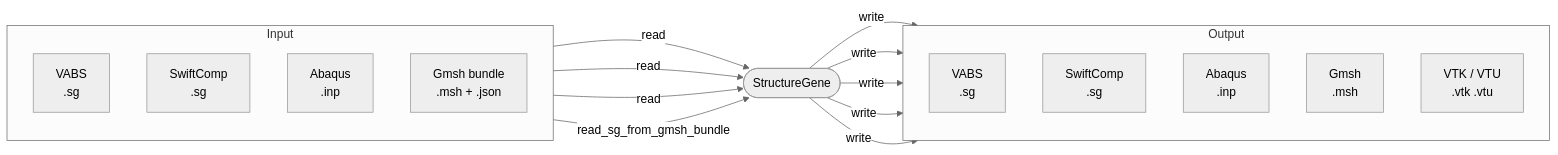
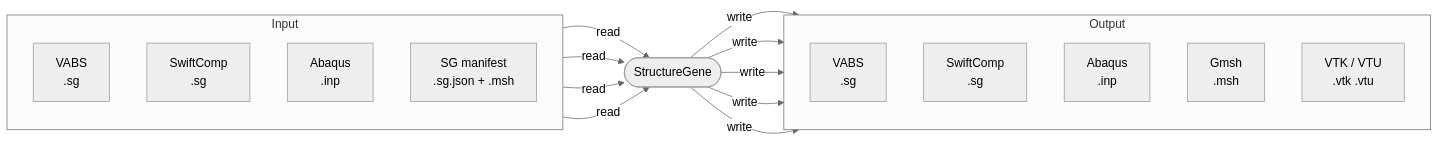
One commit to wenbinyugroup/sgio changed the diagram in docs/source/guide/io.md. Above: the diagram before and after it, drawn with Mermaid (neutral theme). The commit also changed other lines of this file and 84 other files, not shown here.

````diff
--- a/docs/source/guide/io.md
+++ b/docs/source/guide/io.md
@@ -7,32 +7,32 @@
 ```{mermaid}
 flowchart LR
     subgraph IN ["Input"]
         direction TB
         VABS_I["VABS<br/>.sg"]
         SC_I["SwiftComp<br/>.sg"]
         ABQ_I["Abaqus<br/>.inp"]
-        GMSH_I["Gmsh bundle<br/>.msh + .json"]
+        GMSH_I["SG manifest<br/>.sg.json + .msh"]
     end
 
     SG(["StructureGene"])
 
     subgraph OUT ["Output"]
         direction TB
         VABS_O["VABS<br/>.sg"]
         SC_O["SwiftComp<br/>.sg"]
         ABQ_O["Abaqus<br/>.inp"]
         GMSH_O["Gmsh<br/>.msh"]
         VTK_O["VTK / VTU<br/>.vtk .vtu"]
     end
 
     VABS_I -- "read" --> SG
     SC_I -- "read" --> SG
     ABQ_I -- "read" --> SG
-    GMSH_I -- "read_sg_from_gmsh_bundle" --> SG
+    GMSH_I -- "read" --> SG
 
     SG -- "write" --> VABS_O
     SG -- "write" --> SC_O
     SG -- "write" --> ABQ_O
     SG -- "write" --> GMSH_O
     SG -- "write" --> VTK_O
 ```
````
